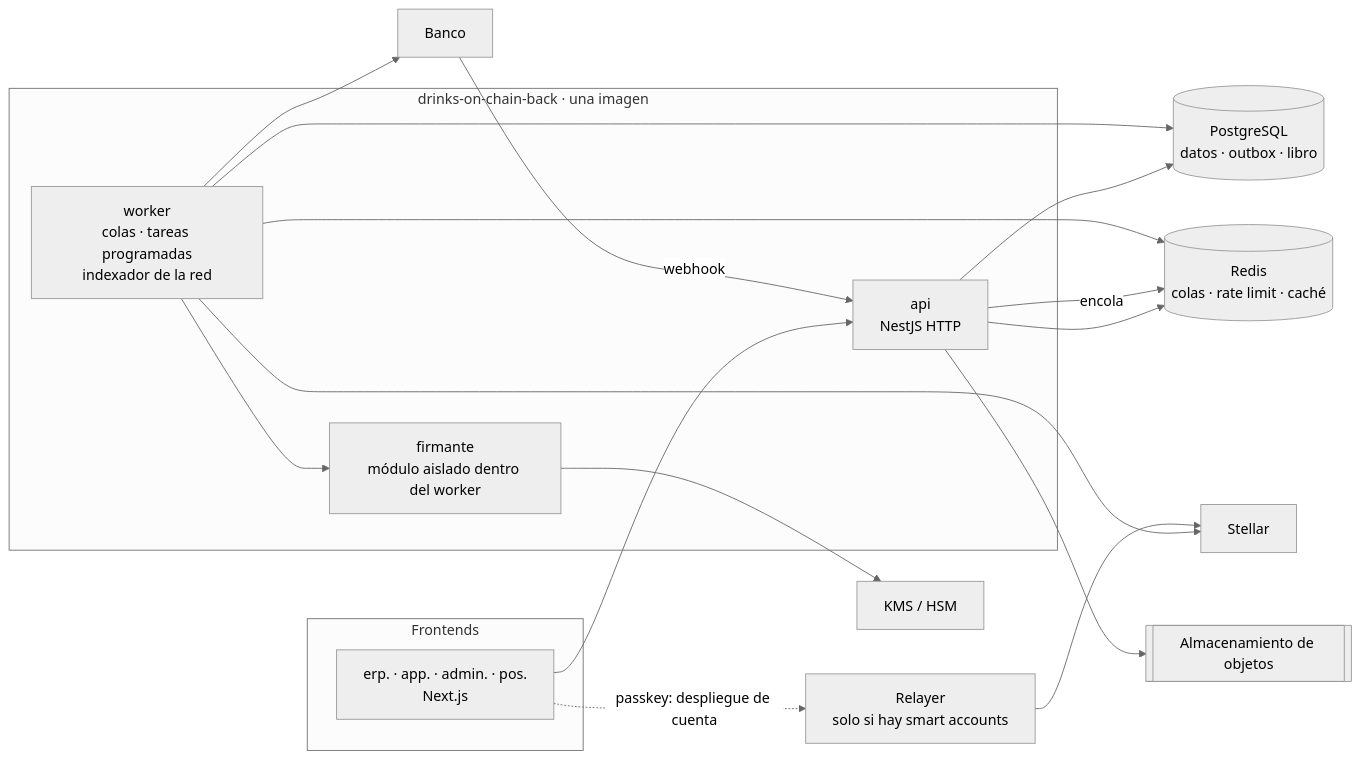
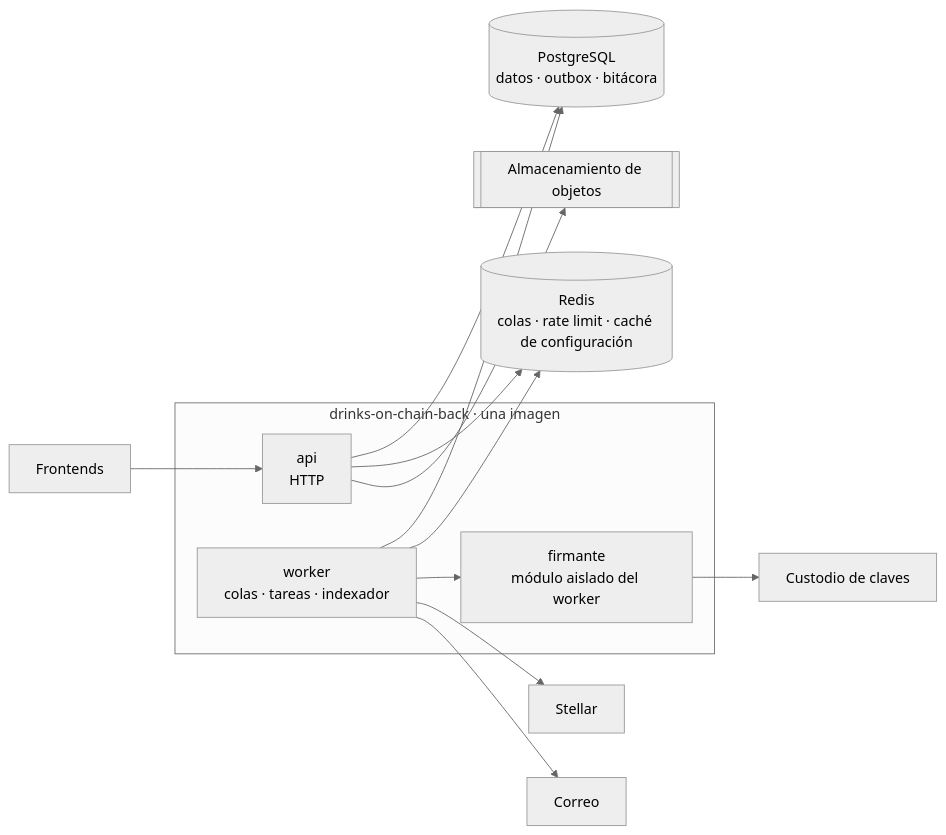
Before and after one commit to drinks-on-chain/drinks-on-chain-docsback: the diagram in diagramas/03-02-contenedores-c4-nivel-2.mmd, drawn with Mermaid (neutral theme). The commit also changed 48 other files, not shown here.

Commit message:
docs: índice actualizado y diagramas regenerados

```diff
--- a/diagramas/03-02-contenedores-c4-nivel-2.mmd
+++ b/diagramas/03-02-contenedores-c4-nivel-2.mmd
@@ -1,31 +1,25 @@
 flowchart LR
-  subgraph Frontends
-    APPS["erp. · app. · admin. · pos.<br/>Next.js"]
+  APPS["Frontends"]
+
+  subgraph Backend["drinks-on-chain-back · una imagen"]
+    API["api<br/>HTTP"]
+    WRK["worker<br/>colas · tareas · indexador"]
+    SIG["firmante<br/>módulo aislado del worker"]
   end
 
-  subgraph Backend["drinks-on-chain-back · una imagen"]
-    API["api<br/>NestJS HTTP"]
-    WRK["worker<br/>colas · tareas programadas<br/>indexador de la red"]
-    SIG["firmante<br/>módulo aislado dentro del worker"]
-  end
-
-  PG[("PostgreSQL<br/>datos · outbox · libro")]
-  RD[("Redis<br/>colas · rate limit · caché")]
+  PG[("PostgreSQL<br/>datos · outbox · bitácora")]
+  RD[("Redis<br/>colas · rate limit · caché de configuración")]
   OBJ[["Almacenamiento de objetos"]]
-  KMS["KMS / HSM"]
-  REL["Relayer<br/>solo si hay smart accounts"]
+  KMS["Custodio de claves"]
   ST["Stellar"]
-  BK["Banco"]
+  MAIL["Correo"]
 
   APPS --> API
   API --> PG
   API --> RD
   API --> OBJ
-  API -->|encola| RD
+  WRK --> PG
   WRK --> RD
-  WRK --> PG
   WRK --> SIG --> KMS
   WRK --> ST
-  WRK --> BK
-  BK -->|webhook| API
-  APPS -. "passkey: despliegue de cuenta" .-> REL --> ST
+  WRK --> MAIL
```
